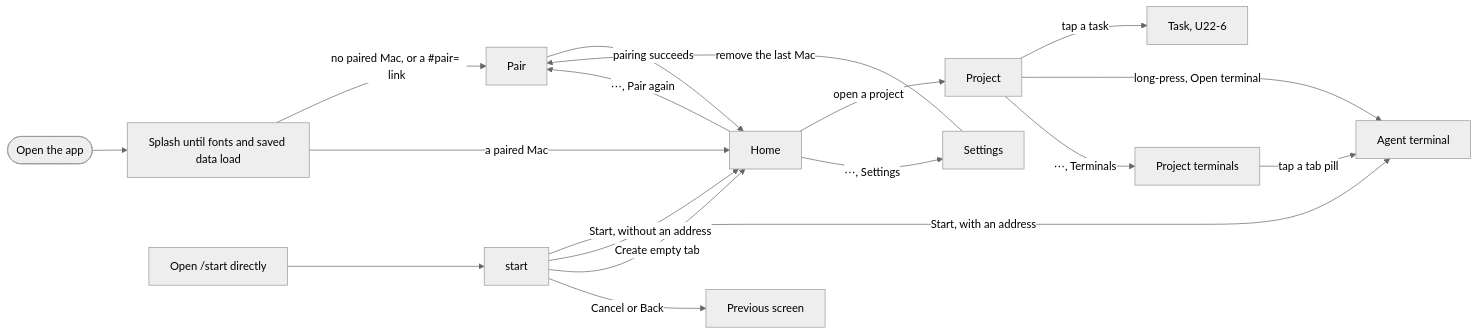
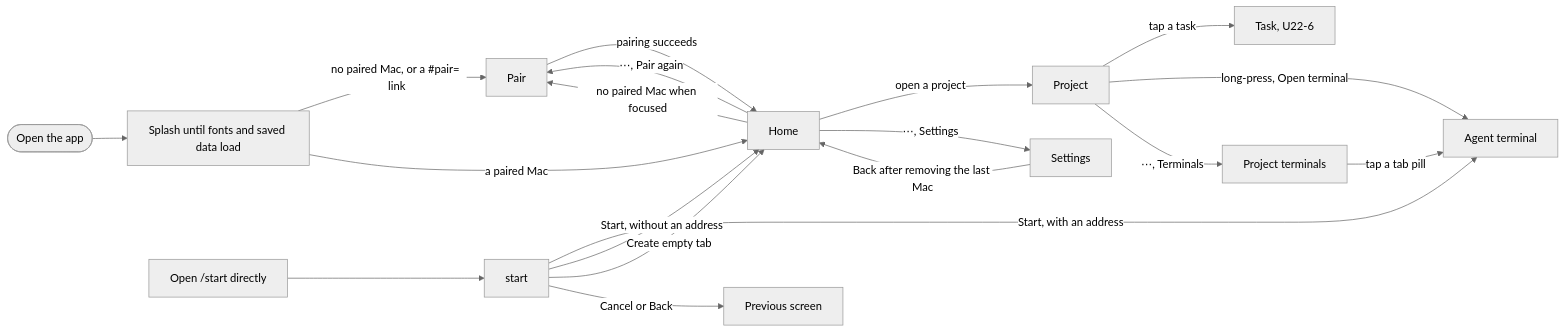
Before and after one commit to 0xroylee/herdr-mobile-app: the diagram in docs/feature-map.md, drawn with Mermaid (neutral theme). The commit also changed other lines of this file and 23 other files, not shown here.

````diff
--- a/docs/feature-map.md
+++ b/docs/feature-map.md
@@ -22,20 +22,21 @@
 ```mermaid
 flowchart LR
   open([Open the app]) --> splash["Splash until fonts and saved data load"]
   splash -->|"no paired Mac, or a #pair= link"| pair[Pair]
   splash -->|"a paired Mac"| home[Home]
   pair -->|"pairing succeeds"| home
   home -->|"open a project"| project[Project]
   home -->|"⋯, Settings"| settings[Settings]
   home -->|"⋯, Pair again"| pair
   project -->|"tap a task"| task[Task, U22-6]
   project -->|"long-press, Open terminal"| term[Agent terminal]
   project -->|"⋯, Terminals"| terminals[Project terminals]
   terminals -->|"tap a tab pill"| term
   direct["Open /start directly"] --> start
   start -->|"Start, with an address"| term
   start -->|"Start, without an address"| home
   start -->|"Create empty tab"| home
   start -->|"Cancel or Back"| previous[Previous screen]
-  settings -->|"remove the last Mac"| pair
+  settings -->|"Back after removing the last Mac"| home
+  home -->|"no paired Mac when focused"| pair
 ```
````
